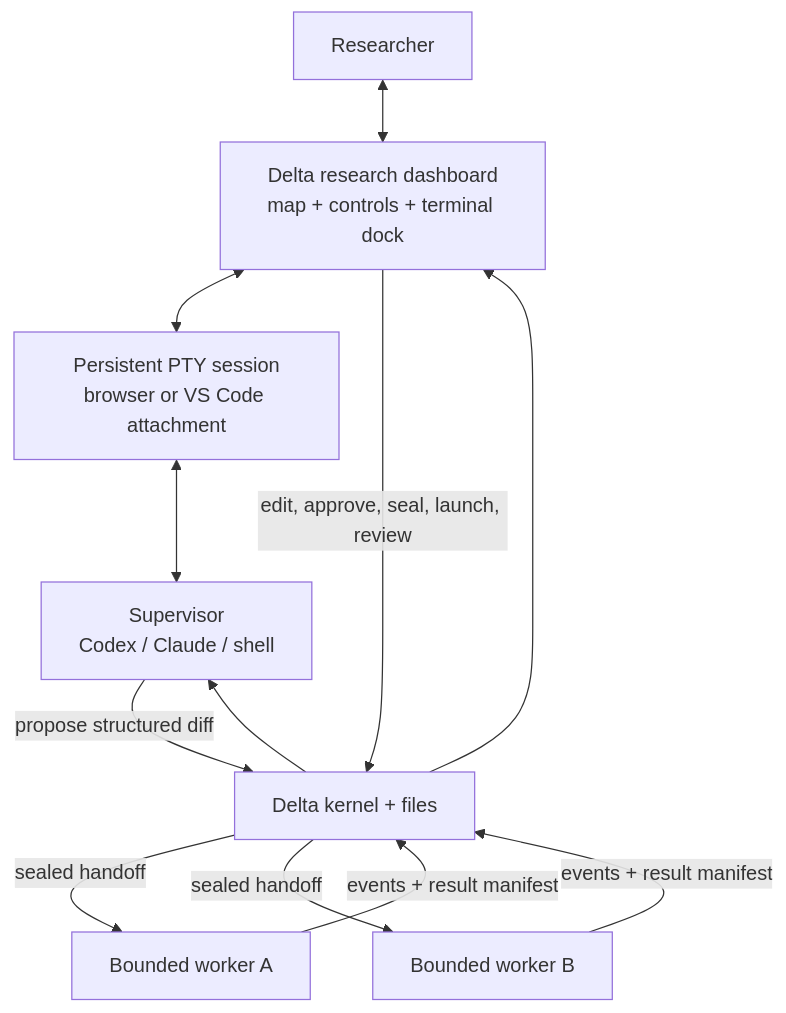
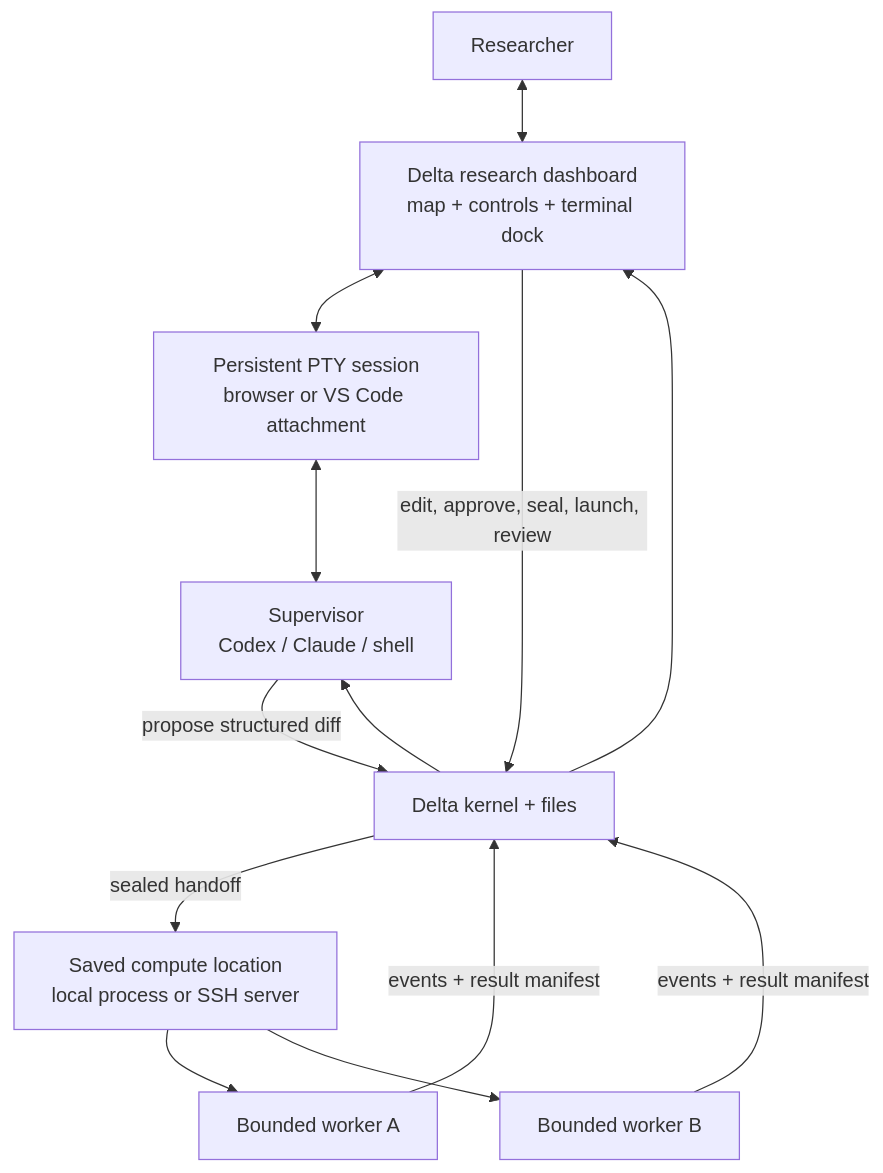
The first of 3 diagrams in docs/POC_PLAN.md (user074/delta-loop), drawn with Mermaid before and after one commit. The commit also changed other lines of this file and 17 other files, not shown here.

````diff
--- a/docs/POC_PLAN.md
+++ b/docs/POC_PLAN.md
@@ -156,14 +159,15 @@
 ```mermaid
 flowchart TB
     H["Researcher"] <--> UI["Delta research dashboard<br/>map + controls + terminal dock"]
     UI <--> T["Persistent PTY session<br/>browser or VS Code attachment"]
     T <--> S["Supervisor<br/>Codex / Claude / shell"]
     S -->|"propose structured diff"| K["Delta kernel + files"]
     UI -->|"edit, approve, seal, launch, review"| K
-    K -->|"sealed handoff"| W1["Bounded worker A"]
-    K -->|"sealed handoff"| W2["Bounded worker B"]
+    K -->|"sealed handoff"| R["Saved compute location<br/>local process or SSH server"]
+    R --> W1["Bounded worker A"]
+    R --> W2["Bounded worker B"]
     W1 -->|"events + result manifest"| K
     W2 -->|"events + result manifest"| K
     K --> UI
     K --> S
 ```
````
